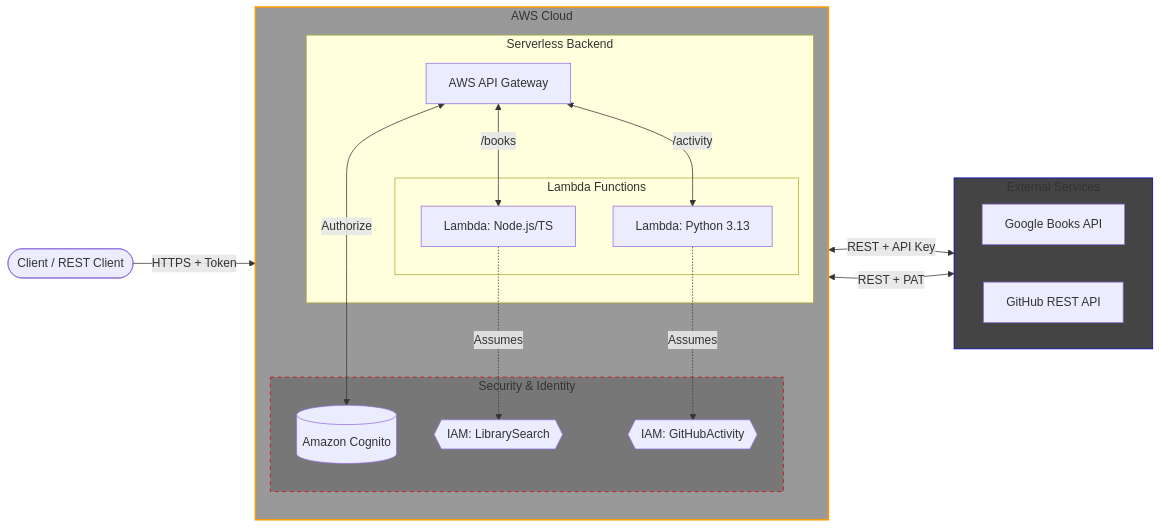
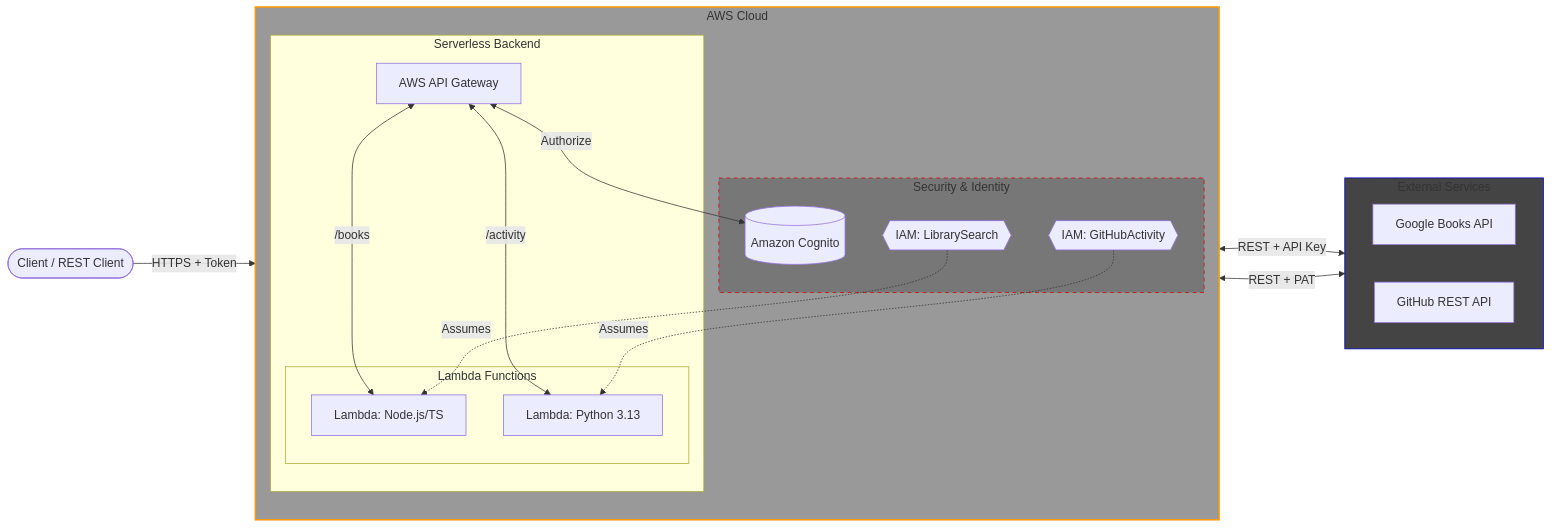
One commit to EmergentMind/aws-api-gateway-assessment changed the diagram in README.md. Above: the diagram before and after it, drawn with Mermaid. The commit also changed other lines of this file, not shown here.

````diff
--- a/README.md
+++ b/README.md
@@ -134,48 +135,48 @@
 ```mermaid
 flowchart LR
     %% Flow
     Client([Client / REST Client])
 
     subgraph AWS_Cloud ["AWS Cloud"]
         direction TB
 
         subgraph Security_Layer ["Security & Identity"]
             Cognito[(Amazon Cognito)]
             IAM1{{IAM: LibrarySearch}}
             IAM2{{IAM: GitHubActivity}}
         end
 
         subgraph Compute_Layer ["Serverless Backend"]
             APIGW[AWS API Gateway]
 
             subgraph Lambda_Functions ["Lambda Functions"]
                 L1[Lambda: Node.js/TS]
                 L2[Lambda: Python 3.13]
             end
         end
     end
 
     subgraph External_APIs ["External Services"]
         direction LR
         GBooks[Google Books API]
         GHub[GitHub REST API]
     end
 
     %% Connections
     Client -->|HTTPS + Token| APIGW
     APIGW <-->|Authorize| Cognito
 
     APIGW <-->|/books| L1
     APIGW <-->|/activity| L2
 
-    L1 -.->|Assumes| IAM1
-    L2 -.->|Assumes| IAM2
+    IAM1 -.->|Assumes| L1
+    IAM2 -.->|Assumes| L2
 
     L1 <-->|REST + API Key| GBooks
     L2 <-->|REST + PAT| GHub
 
     %% Styles
     style AWS_Cloud fill:#999,stroke:#ff9900,stroke-width:2px
     style Security_Layer fill:#777,stroke:#dd0000,stroke-dasharray: 5 5
     style External_APIs fill:#444,stroke:#0000CC ,stroke-width:1px
 ```
````
